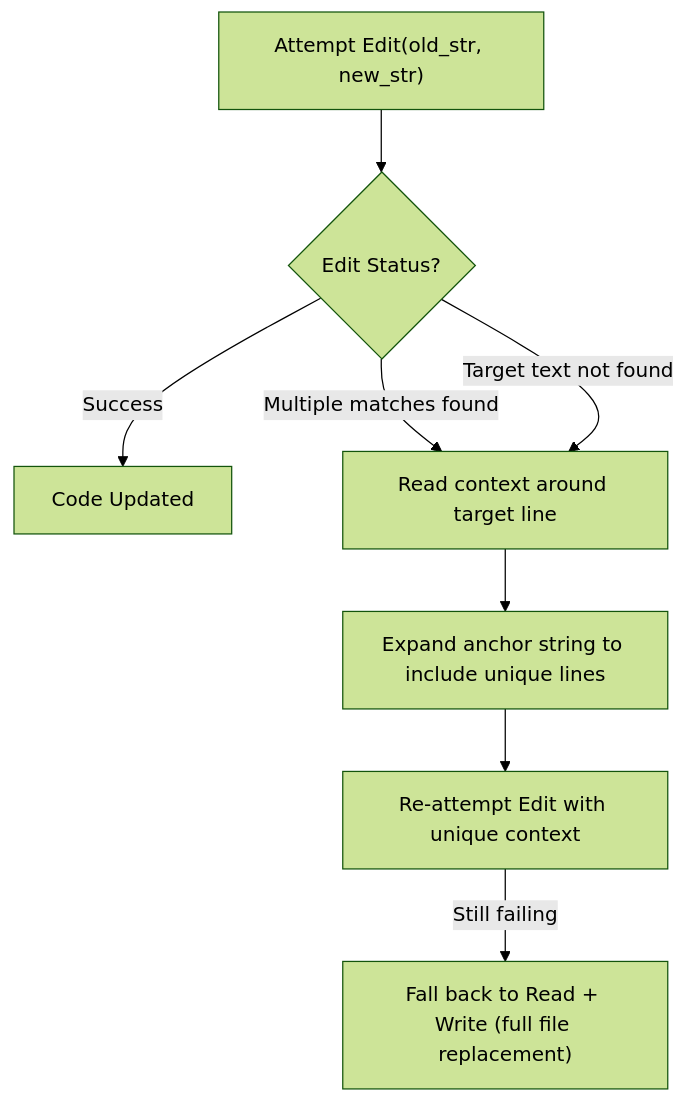
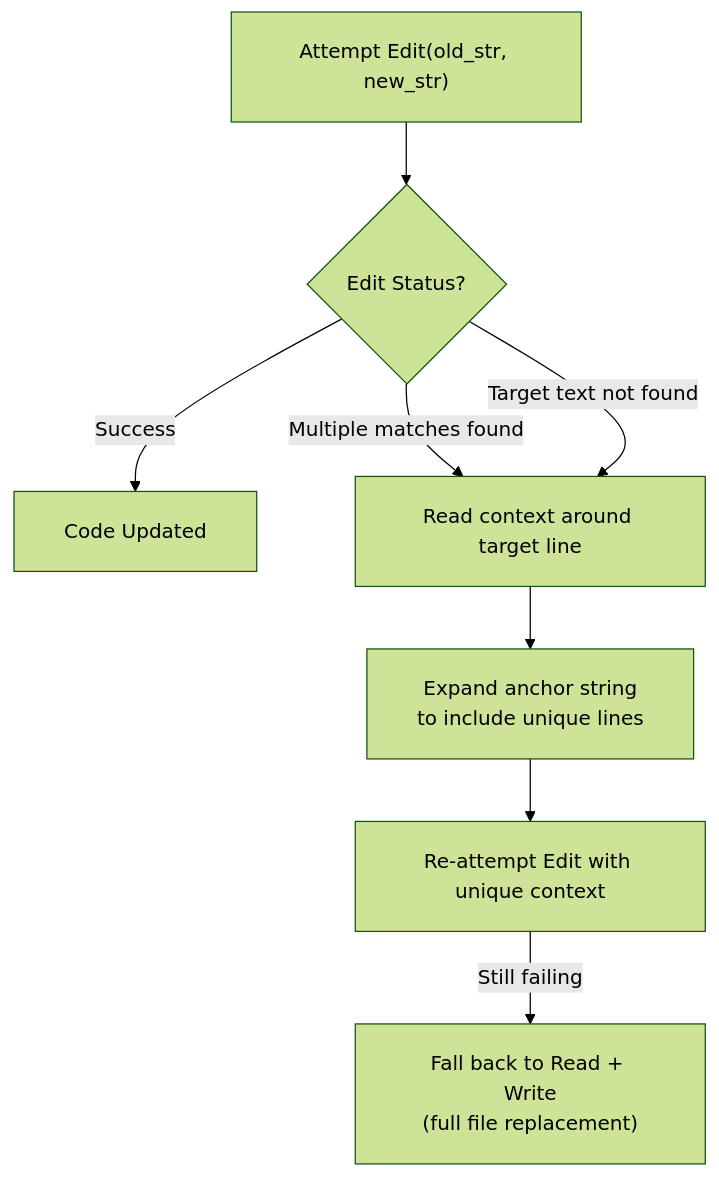
The diagram in domain2/ts_2_5_builtin_tools_usage/README.md (dip4k/claude_cert_architect_foundation_prep), drawn with Mermaid (forest theme) before and after one commit. The commit also changed 31 other files, not shown here.

First line of the commit message:
docs(diagrams): fix text trimming, padding, and layout in all mermaid diagrams

````diff
--- a/domain2/ts_2_5_builtin_tools_usage/README.md
+++ b/domain2/ts_2_5_builtin_tools_usage/README.md
@@ -24,10 +24,11 @@
 ```mermaid
+%%{init: {"flowchart": {"htmlLabels": true, "padding": 20}}}%%
 flowchart TD
     A["Attempt Edit(old_str, new_str)"] --> B{Edit Status?}
     B -- Success --> C["Code Updated"]
     B -- "Multiple matches found" --> D["Read context around target line"]
     B -- "Target text not found" --> D
-    D --> E["Expand anchor string to include unique lines"]
+    D --> E["Expand anchor string<br/>to include unique lines"]
     E --> F["Re-attempt Edit with unique context"]
-    F -- Still failing --> G["Fall back to Read + Write (full file replacement)"]
+    F -- Still failing --> G["Fall back to Read + Write<br/>(full file replacement)"]
 ```
````
